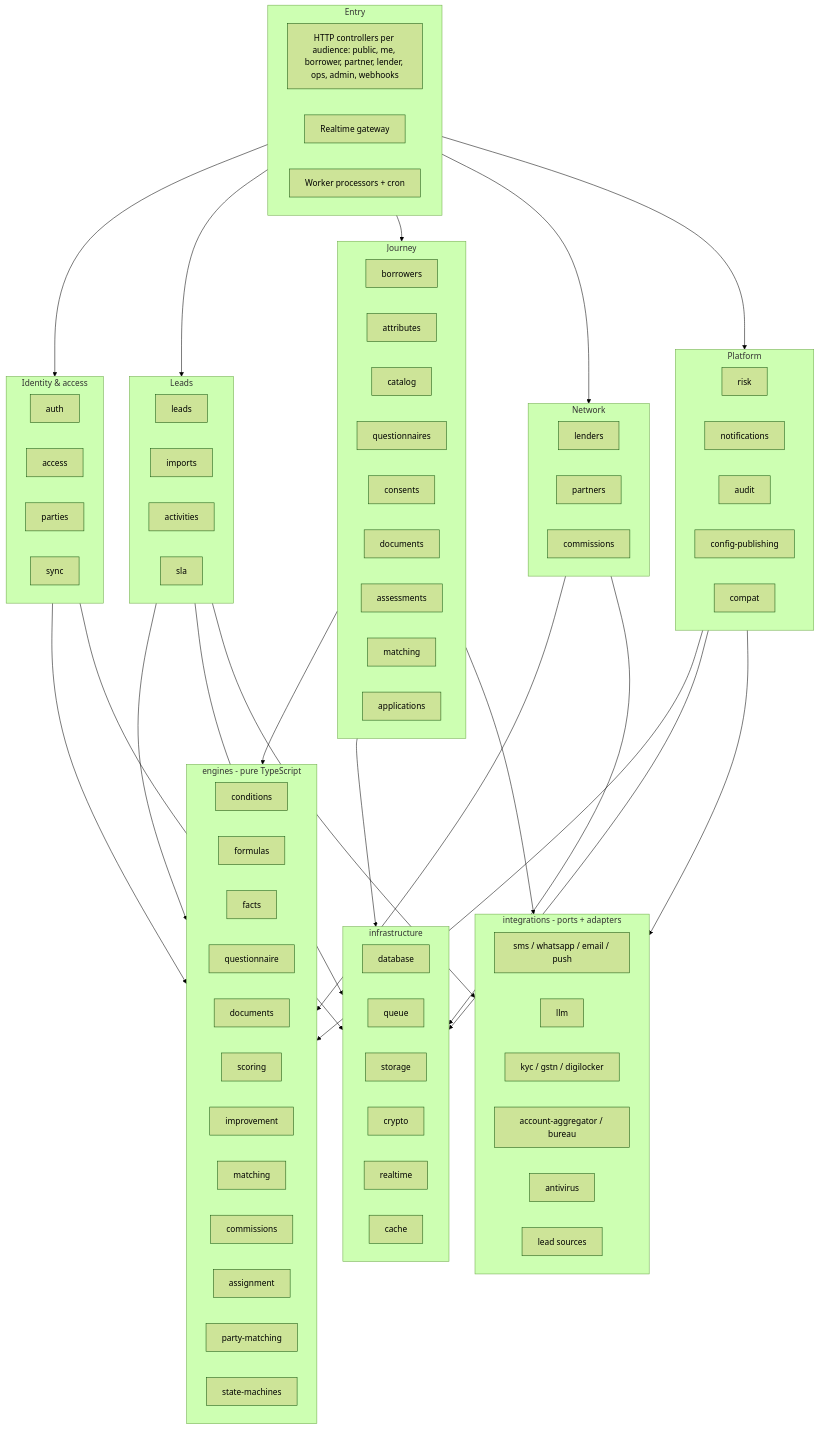
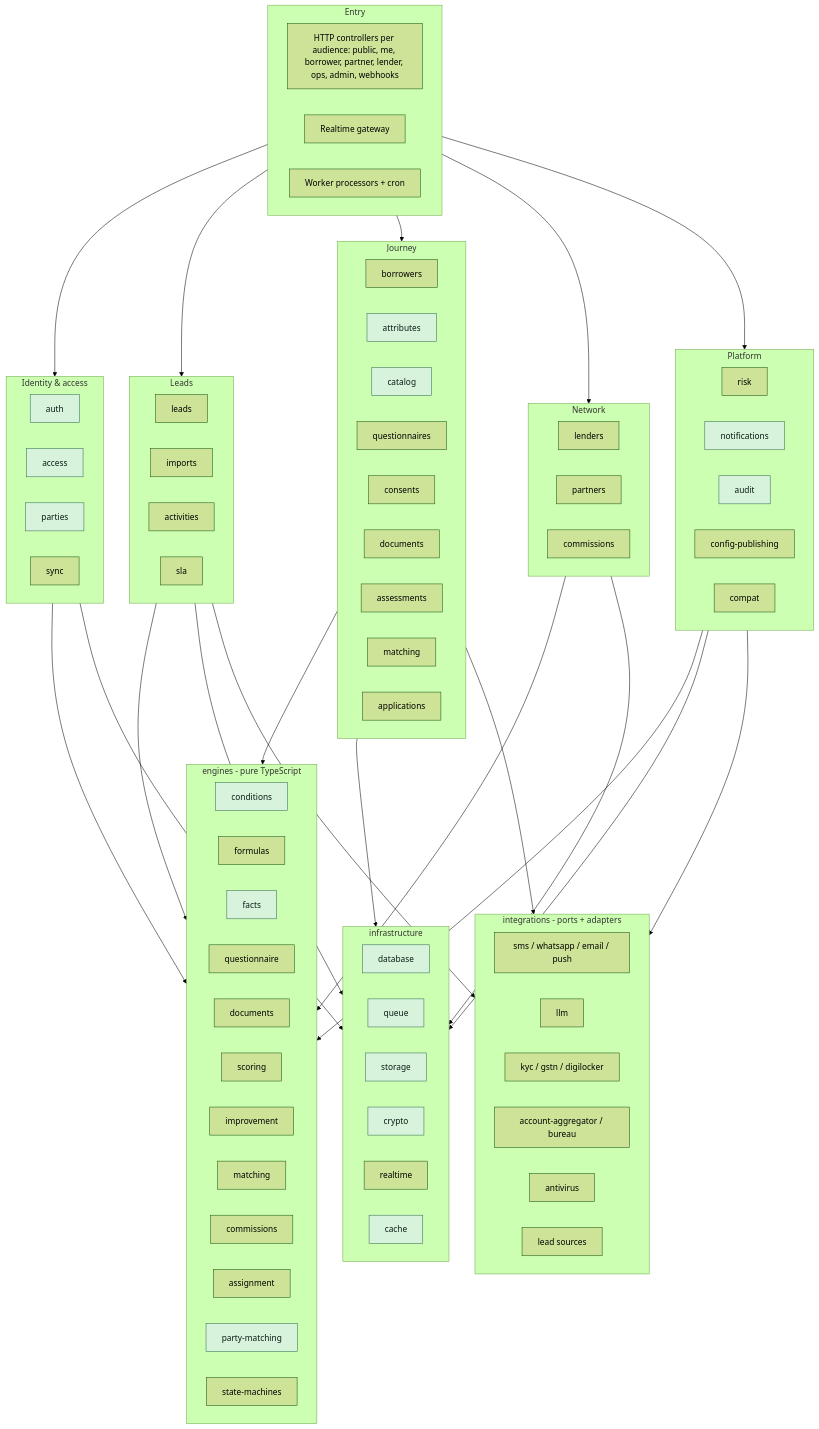
Before and after one commit to Shaikhfaruk/fundenflo: the second of 12 diagrams in docs/ARCHITECTURE.md, drawn with Mermaid (forest theme). The commit also changed other lines of this file and 60 other files, not shown here.

First line of the commit message:
M1.2: attribute dictionary, borrower facts and conditions engine

````diff
--- a/docs/ARCHITECTURE.md
+++ b/docs/ARCHITECTURE.md
@@ -156,4 +156,6 @@
   Journey --> Ports
   LeadsGroup --> Ports
   Platform --> Ports
+  classDef built fill:#d8f3dc,stroke:#2d6a4f,color:#081c15
+  class auth,access,parties,catalog,attributes,notifications,audit,conditions,facts,partyMatching,database,queue,storage,crypto,cache built
 ```
````
